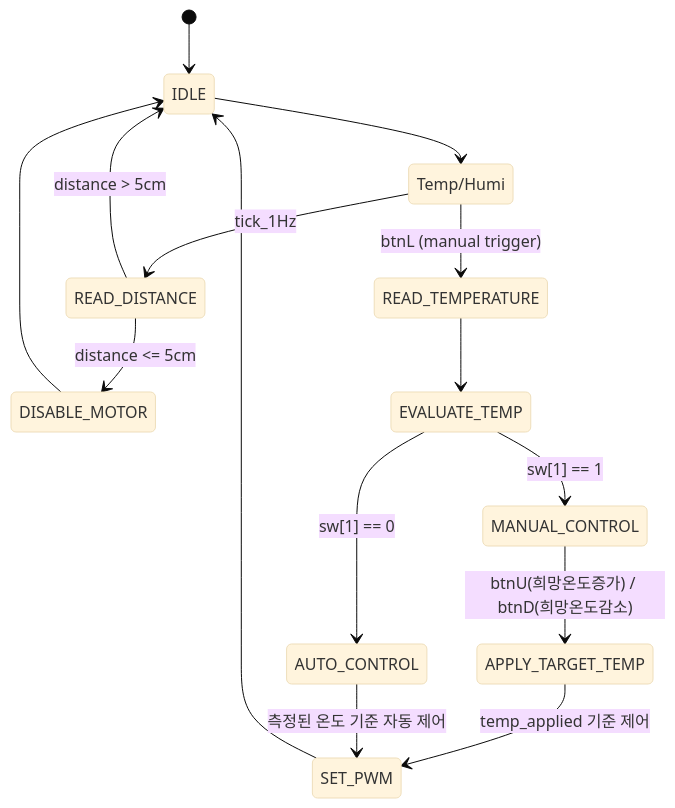
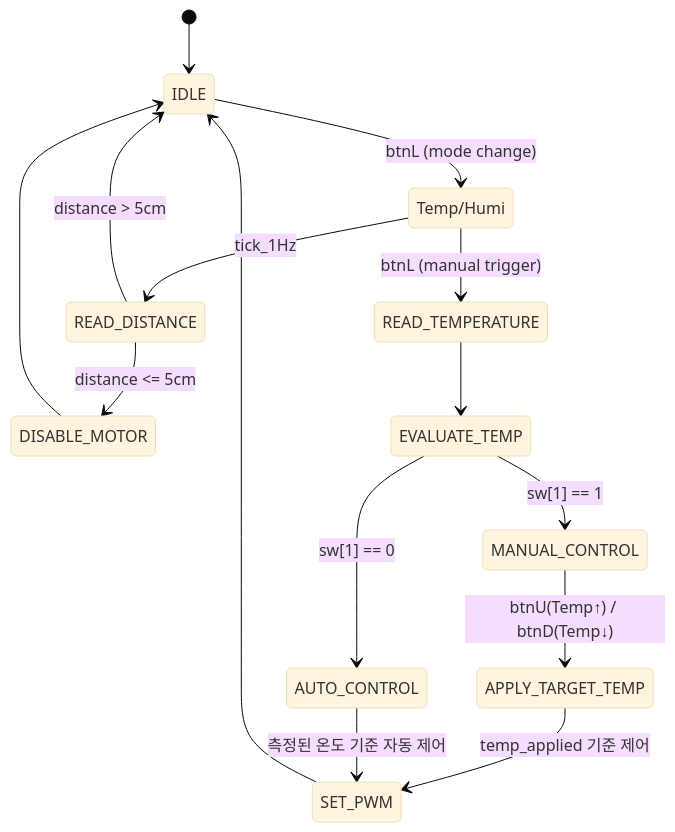
One commit to SE0NGH0/AI_Verilog_HDL changed the third of 5 diagrams in 15.BESPOKE/README.md. Above: the diagram before and after it, drawn with Mermaid (base theme).

````diff
--- a/15.BESPOKE/README.md
+++ b/15.BESPOKE/README.md
@@ -94,17 +94,17 @@
 ```mermaid
 stateDiagram-v2
     [*] --> IDLE
-    IDLE --> Temp/Humi
+    IDLE --> Temp/Humi: btnL (mode change)
     Temp/Humi --> READ_DISTANCE: tick_1Hz
     Temp/Humi --> READ_TEMPERATURE: btnL (manual trigger)
     READ_DISTANCE --> DISABLE_MOTOR: distance <= 5cm
     READ_DISTANCE --> IDLE: distance > 5cm
     READ_TEMPERATURE --> EVALUATE_TEMP
     EVALUATE_TEMP --> MANUAL_CONTROL: sw[1] == 1
     EVALUATE_TEMP --> AUTO_CONTROL: sw[1] == 0
-    MANUAL_CONTROL --> APPLY_TARGET_TEMP: btnU(희망온도증가) / btnD(희망온도감소)
+    MANUAL_CONTROL --> APPLY_TARGET_TEMP: btnU(Temp↑) / btnD(Temp↓)
     APPLY_TARGET_TEMP --> SET_PWM: temp_applied 기준 제어
     AUTO_CONTROL --> SET_PWM: 측정된 온도 기준 자동 제어
     SET_PWM --> IDLE
     DISABLE_MOTOR --> IDLE
 ```
````
